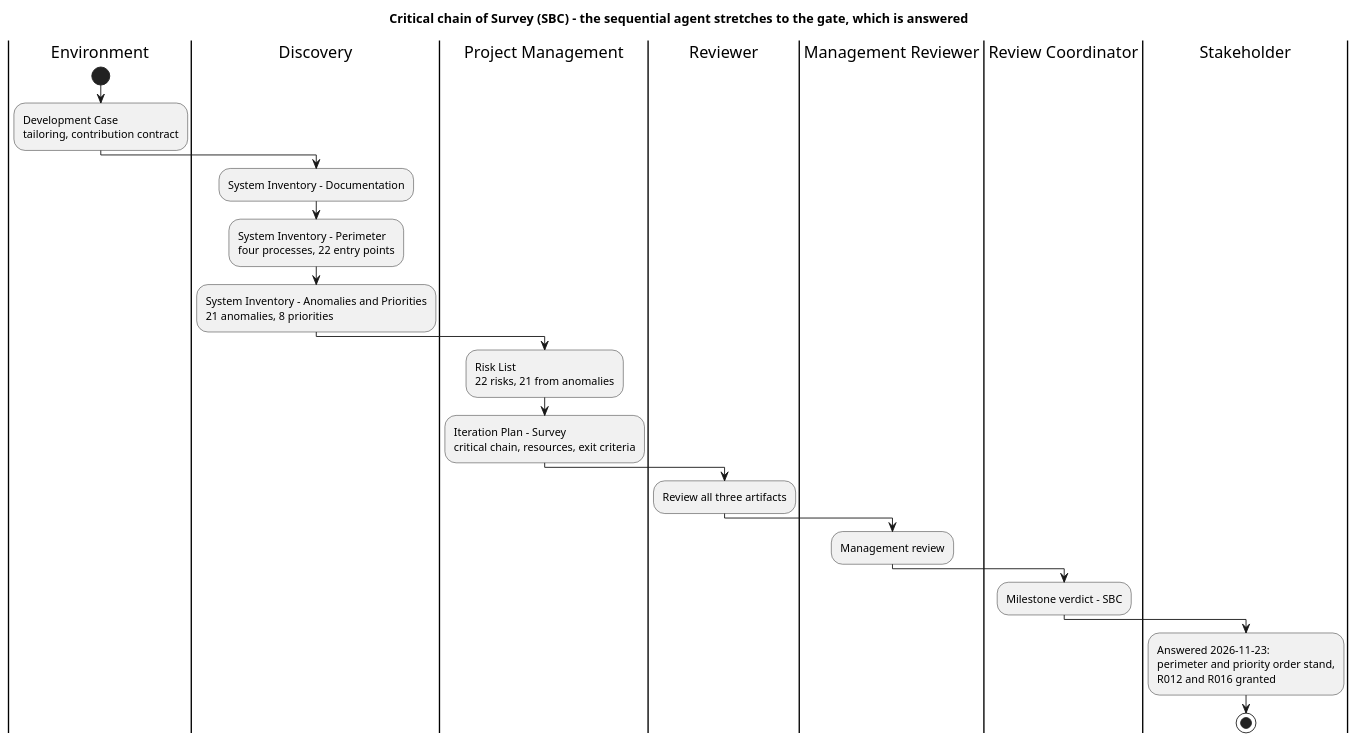
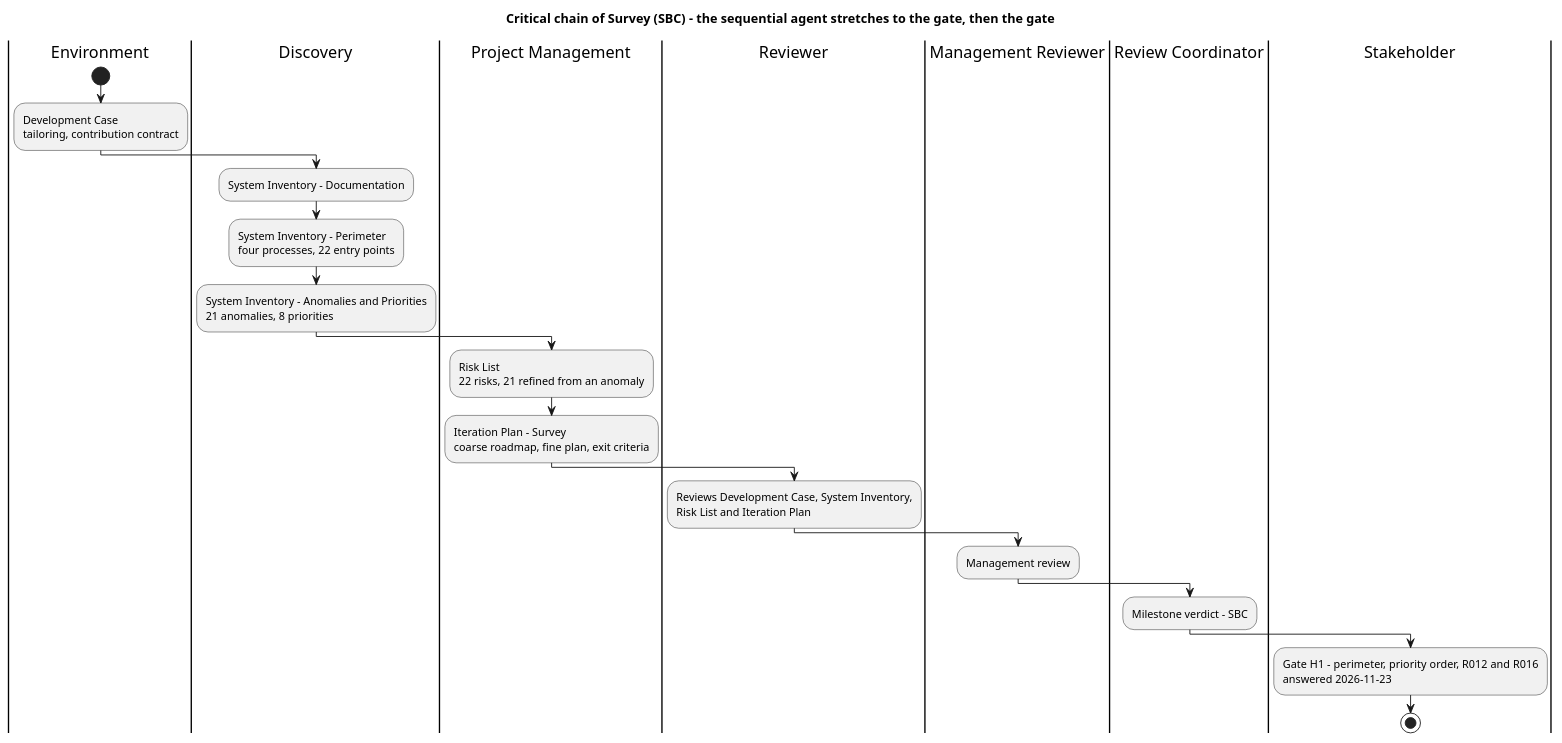
The second of 2 diagrams in docs/artifacts/project-management/iteration-plan.md (banense-test/TodoApp), drawn with PlantUML before and after one commit. The commit also changed other lines of this file, not shown here.

First line of the commit message:
Project Manager [Survey1]: upsert Iteration Plan

````diff
--- a/docs/artifacts/project-management/iteration-plan.md
+++ b/docs/artifacts/project-management/iteration-plan.md
@@ -82,40 +82,40 @@
 ```plantuml
 @startuml
-title Critical chain of Survey (SBC) - the sequential agent stretches to the gate, which is answered
+title Critical chain of Survey (SBC) - the sequential agent stretches to the gate, then the gate
 
 skinparam shadowing false
 
 |Environment|
 start
 :Development Case
 tailoring, contribution contract;
 
 |Discovery|
 :System Inventory - Documentation;
 :System Inventory - Perimeter
 four processes, 22 entry points;
 :System Inventory - Anomalies and Priorities
 21 anomalies, 8 priorities;
 
 |Project Management|
 :Risk List
-22 risks, 21 from anomalies;
+22 risks, 21 refined from an anomaly;
 :Iteration Plan - Survey
-critical chain, resources, exit criteria;
+coarse roadmap, fine plan, exit criteria;
 
 |Reviewer|
-:Review all three artifacts;
+:Reviews Development Case, System Inventory,
+Risk List and Iteration Plan;
 
 |Management Reviewer|
 :Management review;
 
 |Review Coordinator|
 :Milestone verdict - SBC;
 
 |Stakeholder|
-:Answered 2026-11-23:
-perimeter and priority order stand,
-R012 and R016 granted;
+:Gate H1 - perimeter, priority order, R012 and R016
+answered 2026-11-23;
 stop
 @enduml
 ```
````
